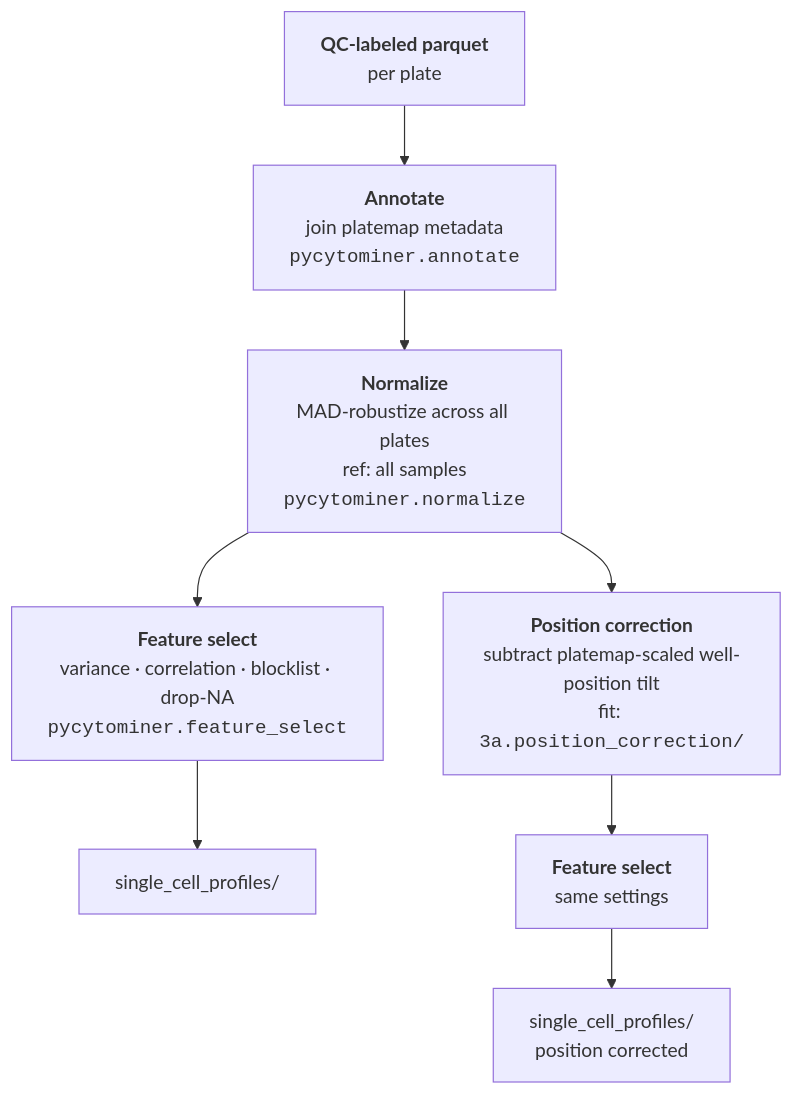
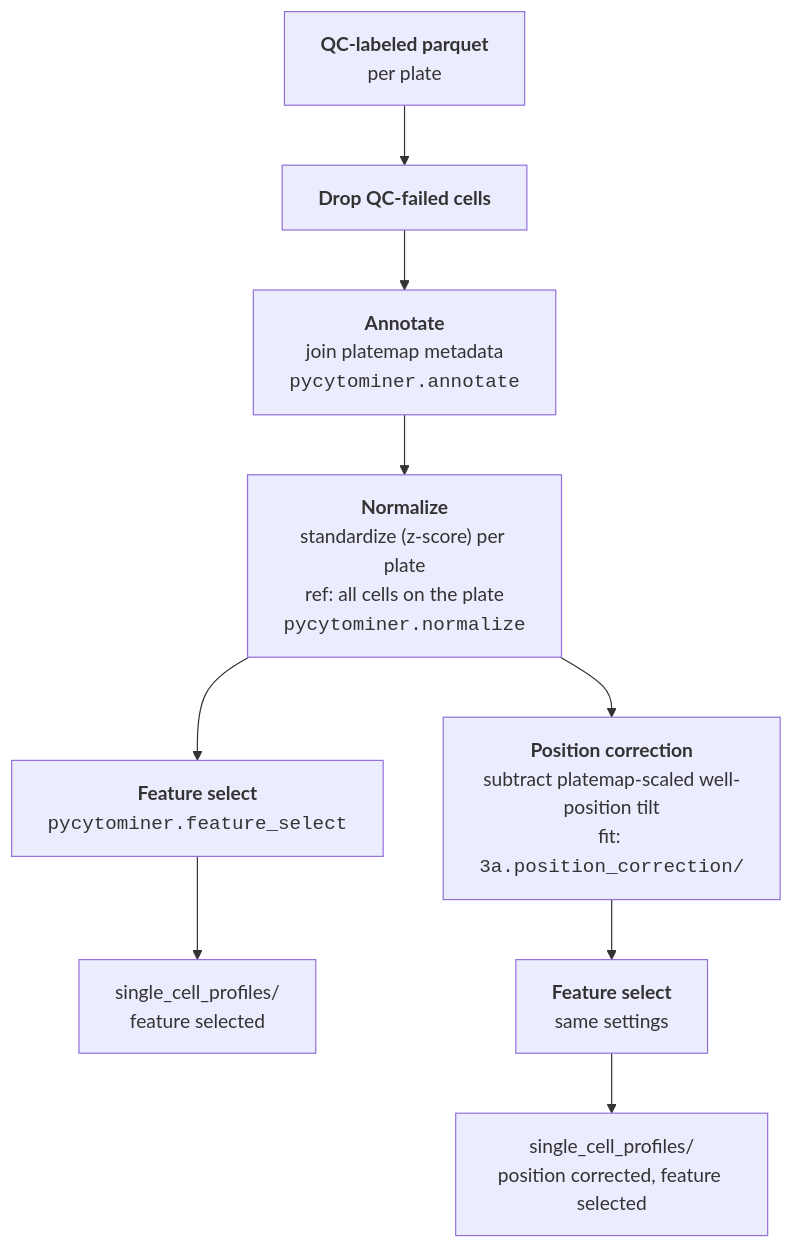
One commit to WayScience/targeted_fibrosis_drug_screen changed the second of 3 diagrams in 3.image_based_profiling/README.md. Above: the diagram before and after it, drawn with Mermaid. The commit also changed other lines of this file, not shown here.

First line of the commit message:
Update the image-based profiling README to cover all steps

````diff
--- a/3.image_based_profiling/README.md
+++ b/3.image_based_profiling/README.md
@@ -34,10 +107,11 @@
 ```mermaid
 flowchart TD
-    A["<b>QC-labeled parquet</b><br/>per plate"] --> B["<b>Annotate</b><br/>join platemap metadata<br/><code>pycytominer.annotate</code>"]
-    B --> C["<b>Normalize</b><br/>MAD-robustize across all plates<br/>ref: all samples<br/><code>pycytominer.normalize</code>"]
-    C --> D["<b>Feature select</b><br/>variance · correlation · blocklist · drop-NA<br/><code>pycytominer.feature_select</code>"]
-    D --> E[single_cell_profiles/]
-    C --> F["<b>Position correction</b><br/>subtract platemap-scaled well-position tilt<br/>fit: <code>3a.position_correction/</code>"]
-    F --> G["<b>Feature select</b><br/>same settings"]
-    G --> H[single_cell_profiles/<br/>position corrected]
+    A["<b>QC-labeled parquet</b><br/>per plate"] --> B["<b>Drop QC-failed cells</b>"]
+    B --> C["<b>Annotate</b><br/>join platemap metadata<br/><code>pycytominer.annotate</code>"]
+    C --> D["<b>Normalize</b><br/>standardize (z-score) per plate<br/>ref: all cells on the plate<br/><code>pycytominer.normalize</code>"]
+    D --> E["<b>Feature select</b><br/><code>pycytominer.feature_select</code>"]
+    E --> F[single_cell_profiles/<br/>feature selected]
+    D --> G["<b>Position correction</b><br/>subtract platemap-scaled well-position tilt<br/>fit: <code>3a.position_correction/</code>"]
+    G --> H["<b>Feature select</b><br/>same settings"]
+    H --> I[single_cell_profiles/<br/>position corrected, feature selected]
 ```
````
